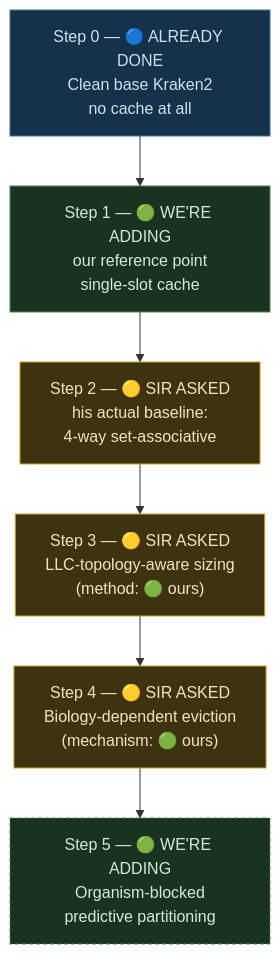
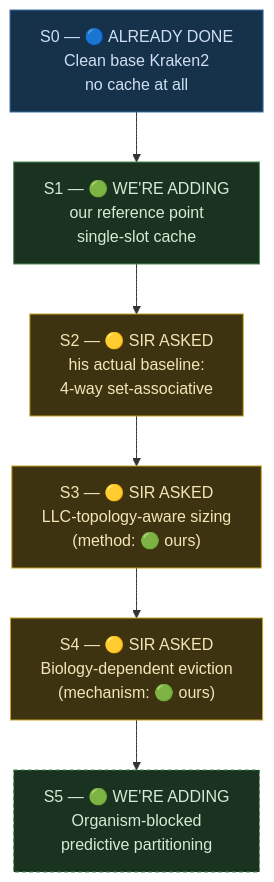
The fourth of 7 diagrams in planning/week4plan.md (KathpaliaChirag/Nanopore-project), drawn with Mermaid before and after one commit. The commit also changed other lines of this file, not shown here.

````diff
--- a/planning/week4plan.md
+++ b/planning/week4plan.md
@@ -145,16 +157,16 @@
 ```mermaid
 flowchart TD
-    S0["Step 0 — 🔵 ALREADY DONE\nClean base Kraken2\nno cache at all"] --> S1
-    S1["Step 1 — 🟢 WE'RE ADDING\nour reference point\nsingle-slot cache"] --> S2
-    S2["Step 2 — 🟡 SIR ASKED\nhis actual baseline:\n4-way set-associative"] --> S3
-    S3["Step 3 — 🟡 SIR ASKED\nLLC-topology-aware sizing\n(method: 🟢 ours)"] --> S4
-    S4["Step 4 — 🟡 SIR ASKED\nBiology-dependent eviction\n(mechanism: 🟢 ours)"] --> S5
-    S5["Step 5 — 🟢 WE'RE ADDING\nOrganism-blocked\npredictive partitioning"]
+    S0["S0 — 🔵 ALREADY DONE\nClean base Kraken2\nno cache at all"] --> S1
+    S1["S1 — 🟢 WE'RE ADDING\nour reference point\nsingle-slot cache"] --> S2
+    S2["S2 — 🟡 SIR ASKED\nhis actual baseline:\n4-way set-associative"] --> S3
+    S3["S3 — 🟡 SIR ASKED\nLLC-topology-aware sizing\n(method: 🟢 ours)"] --> S4
+    S4["S4 — 🟡 SIR ASKED\nBiology-dependent eviction\n(mechanism: 🟢 ours)"] --> S5
+    S5["S5 — 🟢 WE'RE ADDING\nOrganism-blocked\npredictive partitioning"]
 
     style S0 fill:#16324a,stroke:#3d6fa8,color:#cfe0f2
     style S1 fill:#1a3320,stroke:#4a8a54,color:#d3ecd8
     style S2 fill:#3d3311,stroke:#c9a227,color:#f2e6b8
     style S3 fill:#3d3311,stroke:#c9a227,color:#f2e6b8
     style S4 fill:#3d3311,stroke:#c9a227,color:#f2e6b8
     style S5 fill:#1a3320,stroke:#4a8a54,stroke-width:1px,stroke-dasharray: 4 3,color:#d3ecd8
 ```
````
